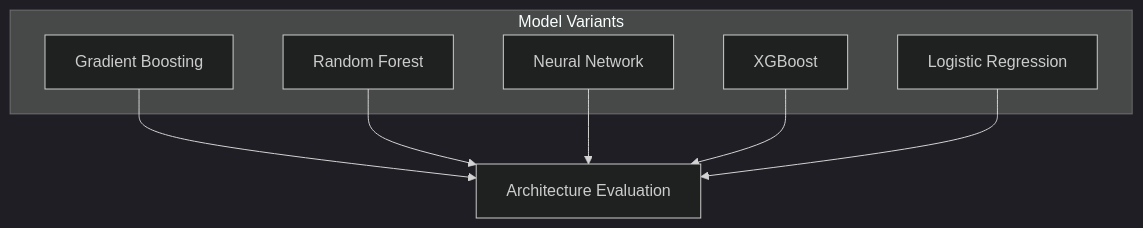
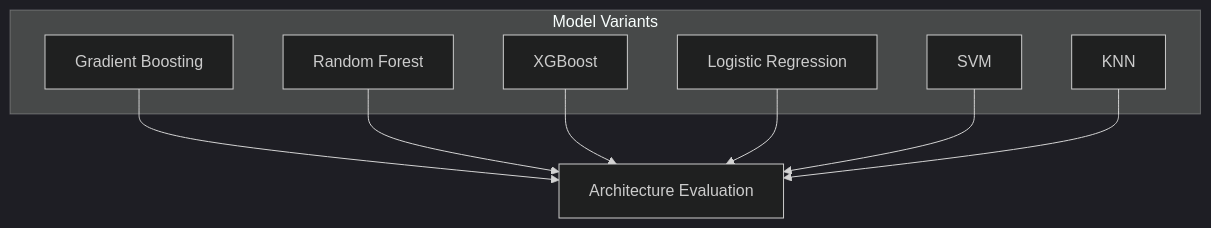
Before and after one commit to Evintkoo/2048-ml: the third of 6 diagrams in plan/05-Model/02-Training/03-model-architecture.md, drawn with Mermaid (dark theme). The commit also changed other lines of this file and 14 other files, not shown here.

````diff
--- a/plan/05-Model/02-Training/03-model-architecture.md
+++ b/plan/05-Model/02-Training/03-model-architecture.md
@@ -67,18 +57,20 @@
 ```mermaid
 flowchart TB
     subgraph "Model Variants"
         A[Gradient Boosting]
         B[Random Forest]
-        C[Neural Network]
         D[XGBoost]
         E[Logistic Regression]
+        F[SVM]
+        G[KNN]
     end
     
     A --> Evaluation
     B --> Evaluation
-    C --> Evaluation
     D --> Evaluation
     E --> Evaluation
+    F --> Evaluation
+    G --> Evaluation
     
     Evaluation[Architecture Evaluation]
 ```
````
